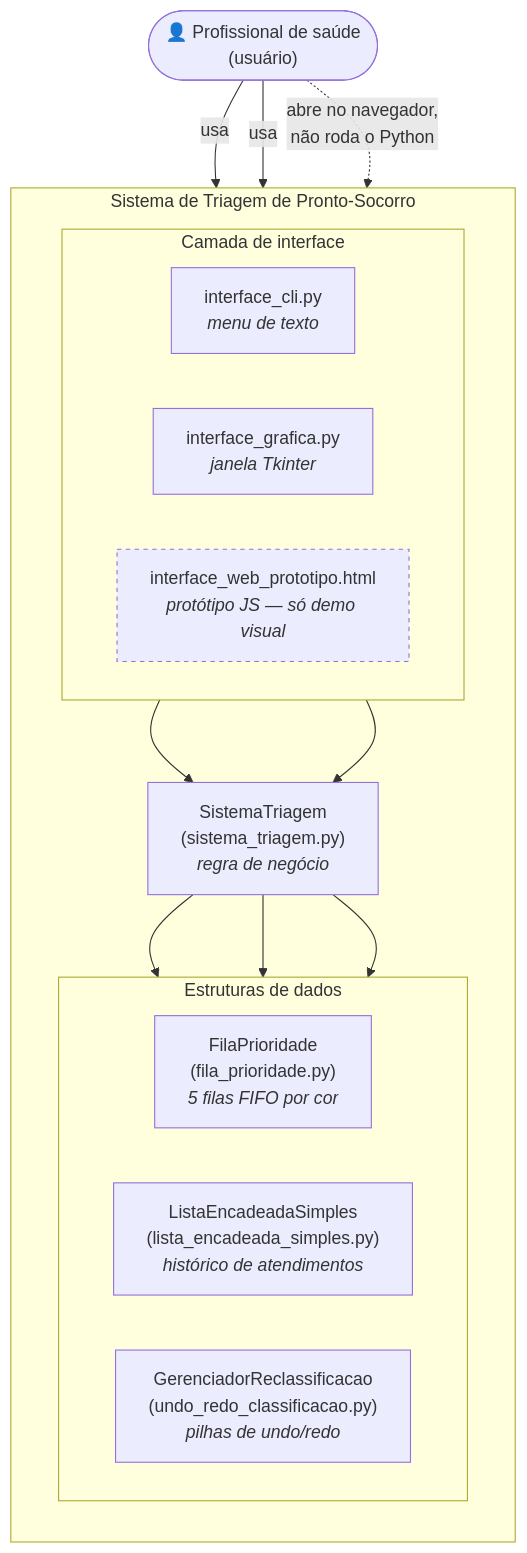
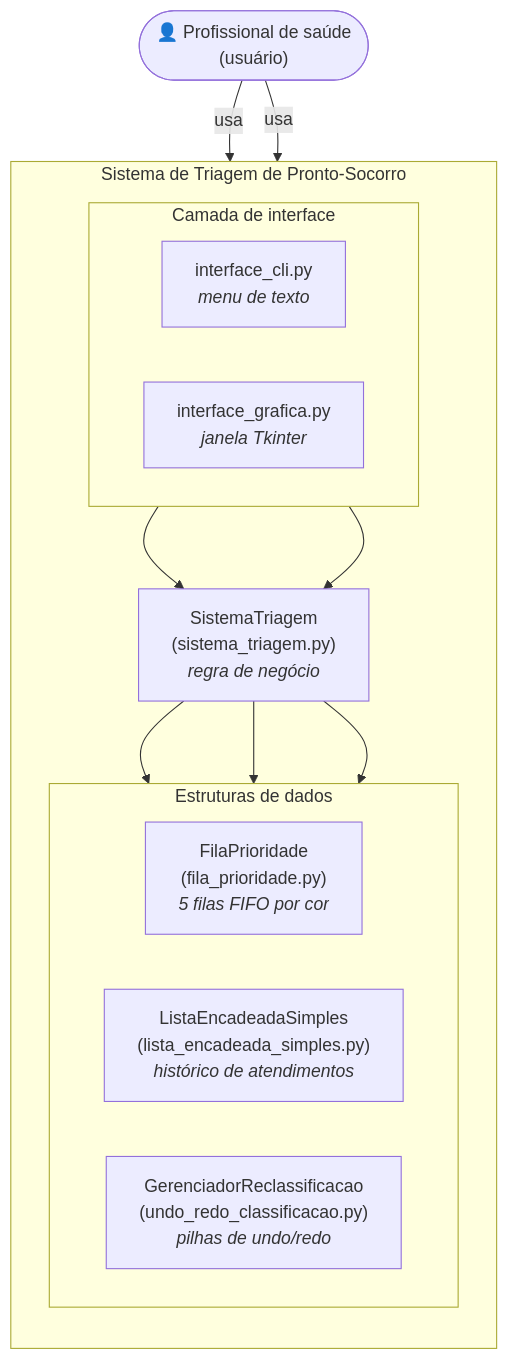
The diagram in modulo6_semanas14-16_projeto_final/docs/ARQUITETURA.md (arthurnguimaraes/projeto-estrutura-de-dados-1), drawn with Mermaid before and after one commit. The commit also changed other lines of this file, not shown here.

Commit message:
Remove referencias ao prototipo web da ARQUITETURA.md

````diff
--- a/modulo6_semanas14-16_projeto_final/docs/ARQUITETURA.md
+++ b/modulo6_semanas14-16_projeto_final/docs/ARQUITETURA.md
@@ -20,37 +20,33 @@
 ```mermaid
 flowchart TB
     Ator(["👤 Profissional de saúde<br/>(usuário)"])
 
     subgraph Sistema["Sistema de Triagem de Pronto-Socorro"]
         direction TB
 
         subgraph Interfaces["Camada de interface"]
             direction LR
             CLI["interface_cli.py<br/><i>menu de texto</i>"]
             GUI["interface_grafica.py<br/><i>janela Tkinter</i>"]
-            WEB["interface_web_prototipo.html<br/><i>protótipo JS — só demo visual</i>"]
         end
 
         Core["SistemaTriagem<br/>(sistema_triagem.py)<br/><i>regra de negócio</i>"]
 
         subgraph Estruturas["Estruturas de dados"]
             direction LR
             Fila["FilaPrioridade<br/>(fila_prioridade.py)<br/><i>5 filas FIFO por cor</i>"]
             Historico["ListaEncadeadaSimples<br/>(lista_encadeada_simples.py)<br/><i>histórico de atendimentos</i>"]
             UndoRedo["GerenciadorReclassificacao<br/>(undo_redo_classificacao.py)<br/><i>pilhas de undo/redo</i>"]
         end
     end
 
     Ator -->|usa| CLI
     Ator -->|usa| GUI
-    Ator -.->|abre no navegador,<br/>não roda o Python| WEB
 
     CLI --> Core
     GUI --> Core
 
     Core --> Fila
     Core --> Historico
     Core --> UndoRedo
-
-    style WEB stroke-dasharray: 4 4
 ```
````
